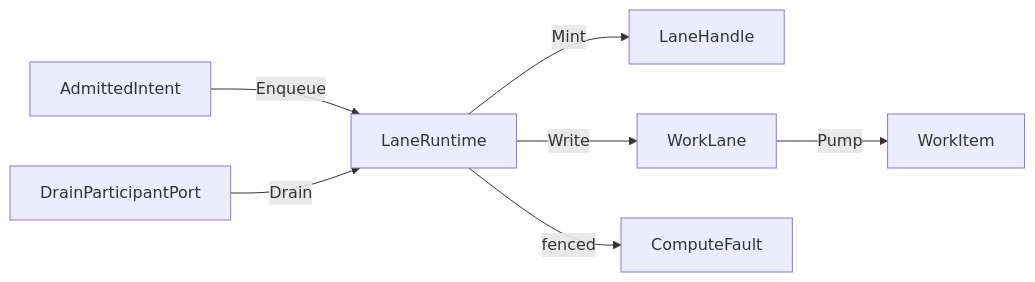
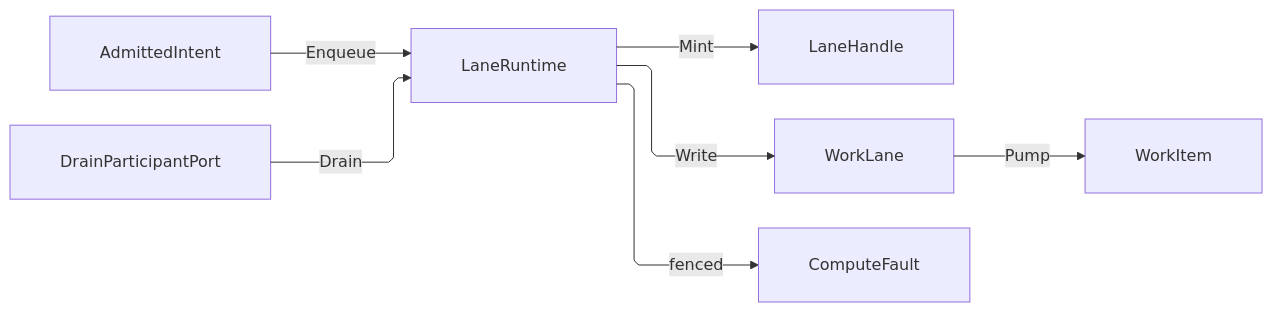
Before and after one commit to bsamiee/Rasm: the first of 2 diagrams in libs/csharp/Rasm.Compute/.planning/Runtime/scheduling.md, drawn with Mermaid. The commit also changed other lines of this file and 636 other files, not shown here.

````diff
--- a/libs/csharp/Rasm.Compute/.planning/Runtime/scheduling.md
+++ b/libs/csharp/Rasm.Compute/.planning/Runtime/scheduling.md
@@ -145,9 +145,18 @@
 ```mermaid
+---
+config:
+  layout: elk
+  flowchart:
+    curve: linear
+    padding: 25
+---
 flowchart LR
+    accTitle: Lane runtime enqueue, pump, and drain
+    accDescr: Admitted intents enqueue onto the lane runtime, which mints a handle, pumps work items, and drains through the participant port.
     AdmittedIntent -->|Enqueue| LaneRuntime
     LaneRuntime -->|Mint| LaneHandle
     LaneRuntime -->|Write| WorkLane
     WorkLane -->|Pump| WorkItem
     LaneRuntime -->|fenced| ComputeFault
     DrainParticipantPort -->|Drain| LaneRuntime
 ```
````
